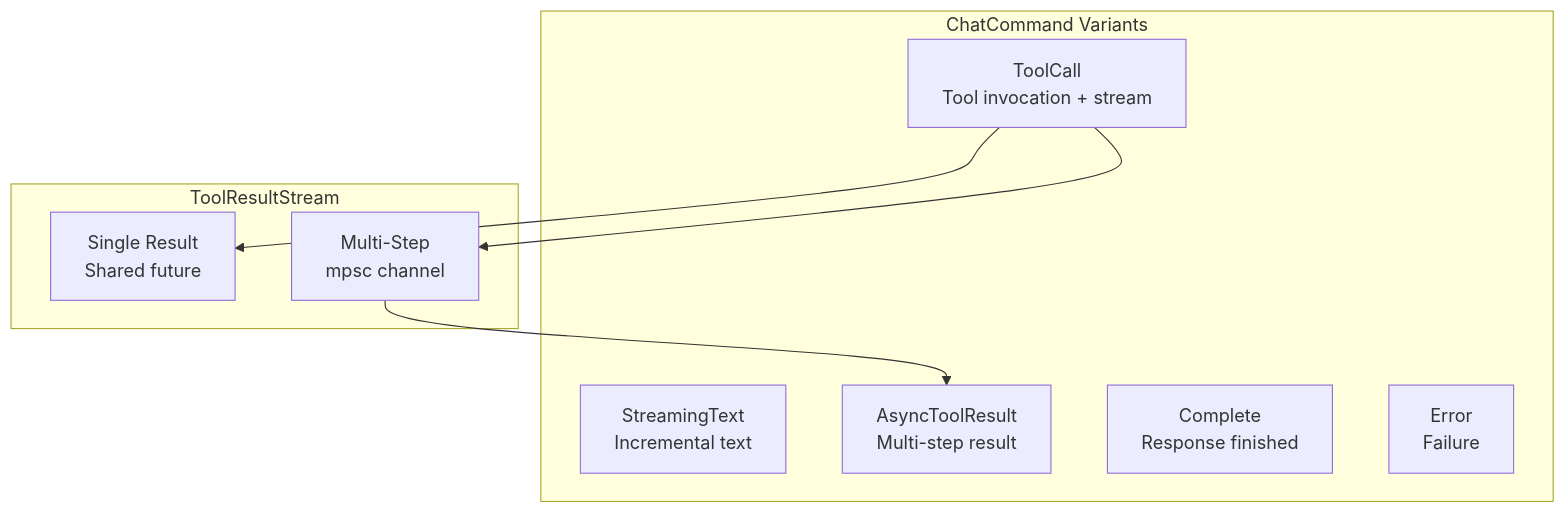
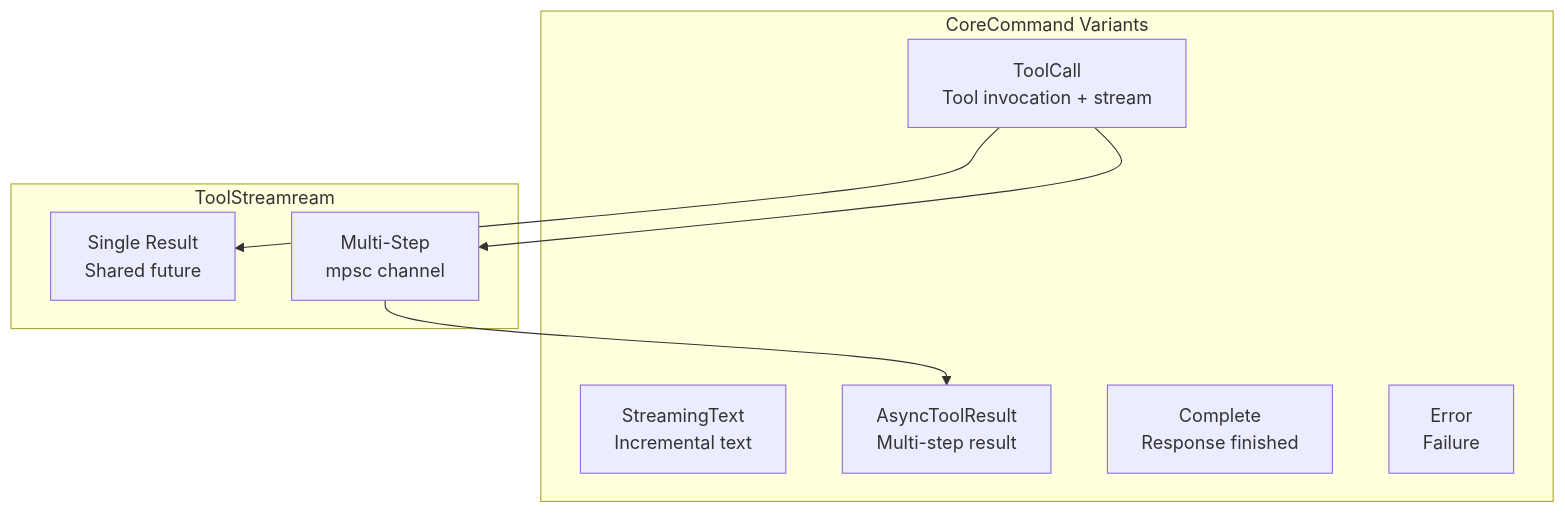
One commit to aomi-labs/product-mono changed the sixth of 7 diagrams in docs/architecture.md. Above: the diagram before and after it, drawn with Mermaid. The commit also changed other lines of this file and 32 other files, not shown here.

````diff
--- a/docs/architecture.md
+++ b/docs/architecture.md
@@ -311,19 +311,19 @@
 ```mermaid
 flowchart TD
-    subgraph "ChatCommand Variants"
+    subgraph "CoreCommand Variants"
         ST[StreamingText<br/>Incremental text]
         TC[ToolCall<br/>Tool invocation + stream]
         ATR[AsyncToolResult<br/>Multi-step result]
         COMP[Complete<br/>Response finished]
         ERR[Error<br/>Failure]
     end
 
-    subgraph "ToolResultStream"
+    subgraph "ToolStreamream"
         SINGLE[Single Result<br/>Shared future]
         MULTI[Multi-Step<br/>mpsc channel]
     end
 
     TC --> SINGLE
     TC --> MULTI
     MULTI --> ATR
 ```
````
